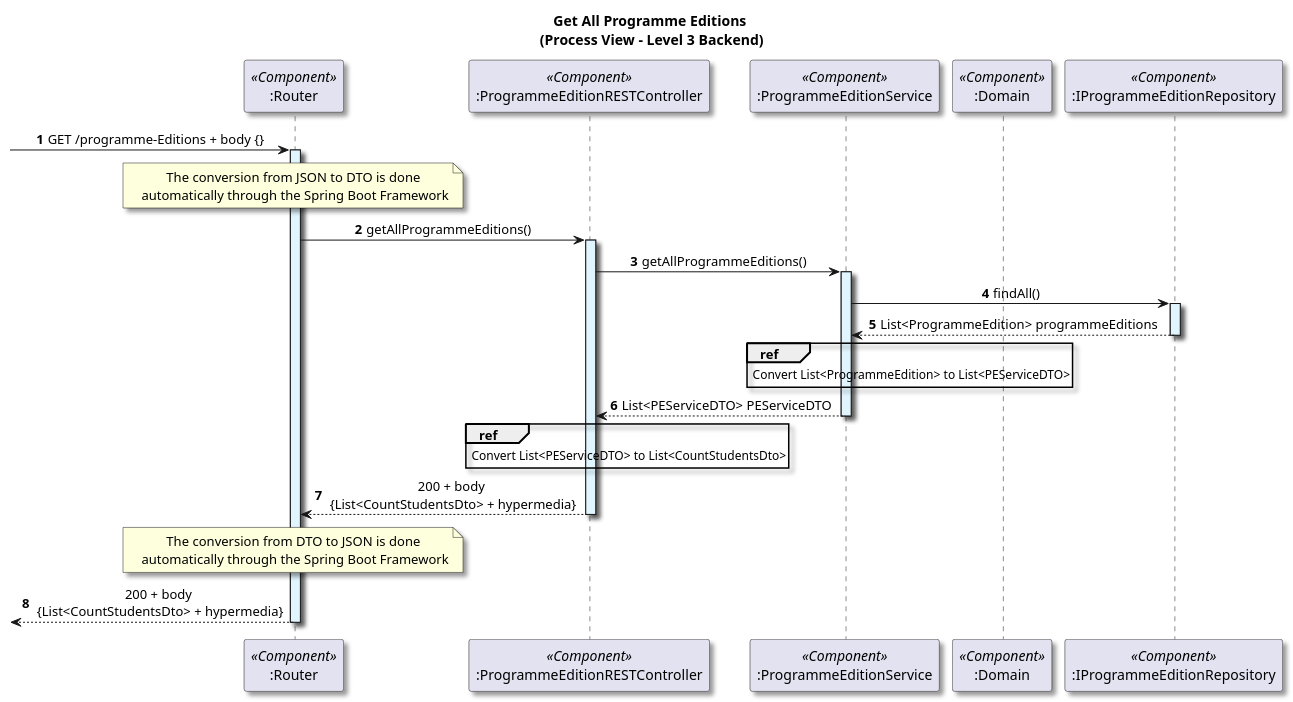
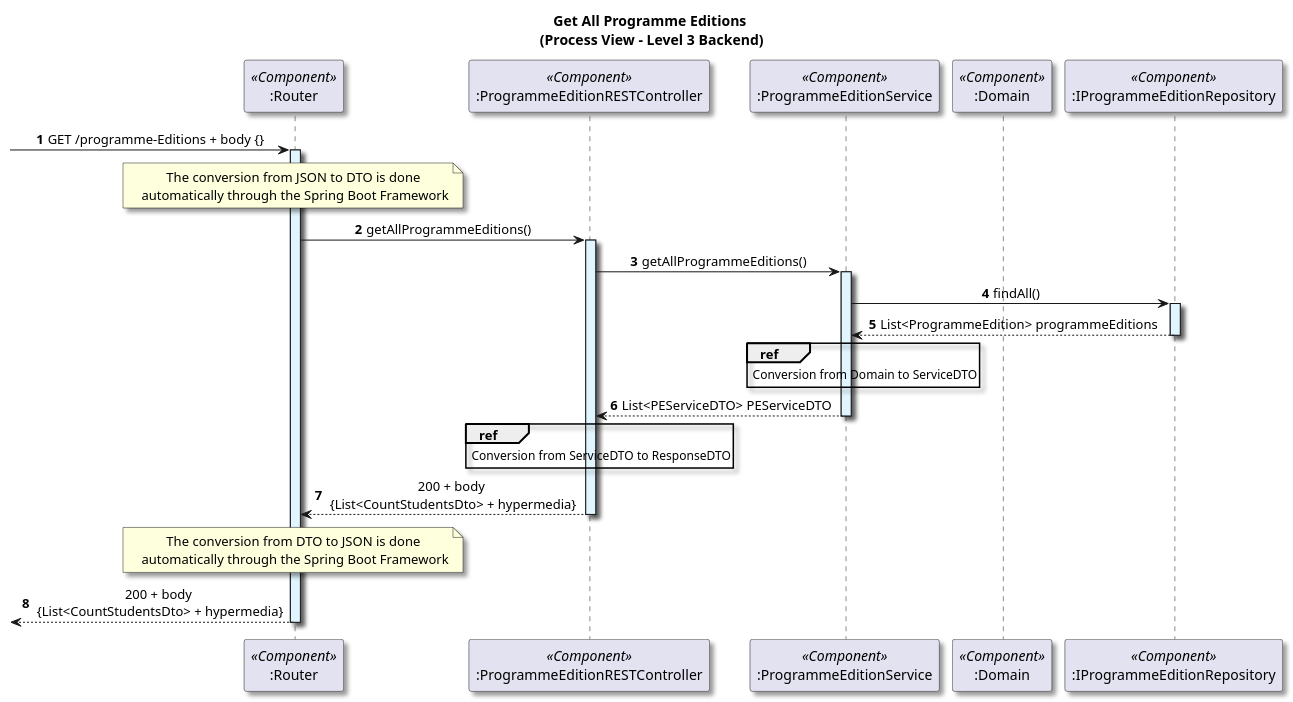
The diagram in docs/US21/Sprint7/ProcessView/GetAllProgrammeEditionsLevel3Granularity.puml (GasparISEP/DevOps-PAI), drawn with PlantUML before and after one commit.

Commit message:
refactor: update conversion descriptions in UML diagram for clarity REF(#666, #672)

```diff
--- a/docs/US21/Sprint7/ProcessView/GetAllProgrammeEditionsLevel3Granularity.puml
+++ b/docs/US21/Sprint7/ProcessView/GetAllProgrammeEditionsLevel3Granularity.puml
@@ -1,50 +1,50 @@
 @startuml
 
 title Get All Programme Editions\n (Process View - Level 3 Backend)
 
 skinparam defaultTextAlignment center
 skinparam shadowing true
 
 autonumber
 
 participant ":Router" as router <<Component>>
 participant ":ProgrammeEditionRESTController" as controller <<Component>>
 participant ":ProgrammeEditionService" as service <<Component>>
 participant ":Domain" as domain <<Component>>
 participant ":IProgrammeEditionRepository" as repository <<Component>>
 
 -> router: GET /programme-Editions + body {}
 activate router #E1F5FE
 
 note over router: The conversion from JSON to DTO is done\n automatically through the Spring Boot Framework
 
 router -> controller :getAllProgrammeEditions()
 activate controller#E1F5FE
 
 controller -> service : getAllProgrammeEditions()
 activate service#E1F5FE
 
 service -> repository: findAll()
 activate repository #E1F5FE
 
 repository --> service:List<ProgrammeEdition> programmeEditions
 deactivate repository
 
 ref over service
-    Convert List<ProgrammeEdition> to List<PEServiceDTO>
+    Conversion from Domain to ServiceDTO
 end
 service --> controller : List<PEServiceDTO> PEServiceDTO
 deactivate service
 ref over controller
-    Convert List<PEServiceDTO> to List<CountStudentsDto>
+    Conversion from ServiceDTO to ResponseDTO
 end
 controller --> router: 200 + body\n {List<CountStudentsDto> + hypermedia}
 deactivate controller#E1F5FE
 
 note over router: The conversion from DTO to JSON is done\n automatically through the Spring Boot Framework
 
 
 <-- router: 200 + body\n {List<CountStudentsDto> + hypermedia}
 deactivate router #E1F5FE
 
 @enduml
```
